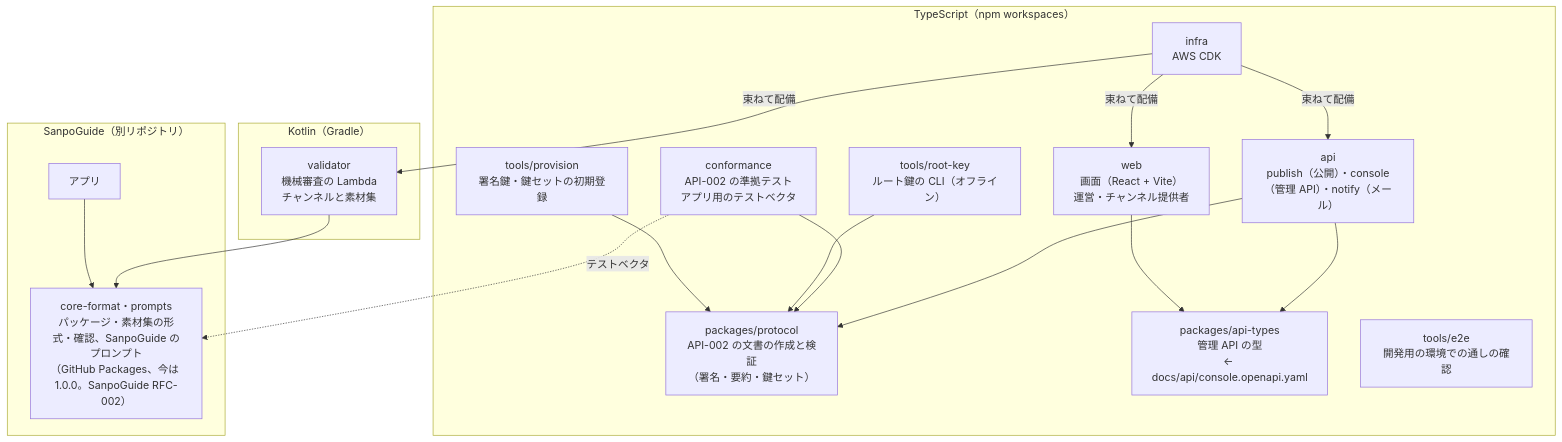
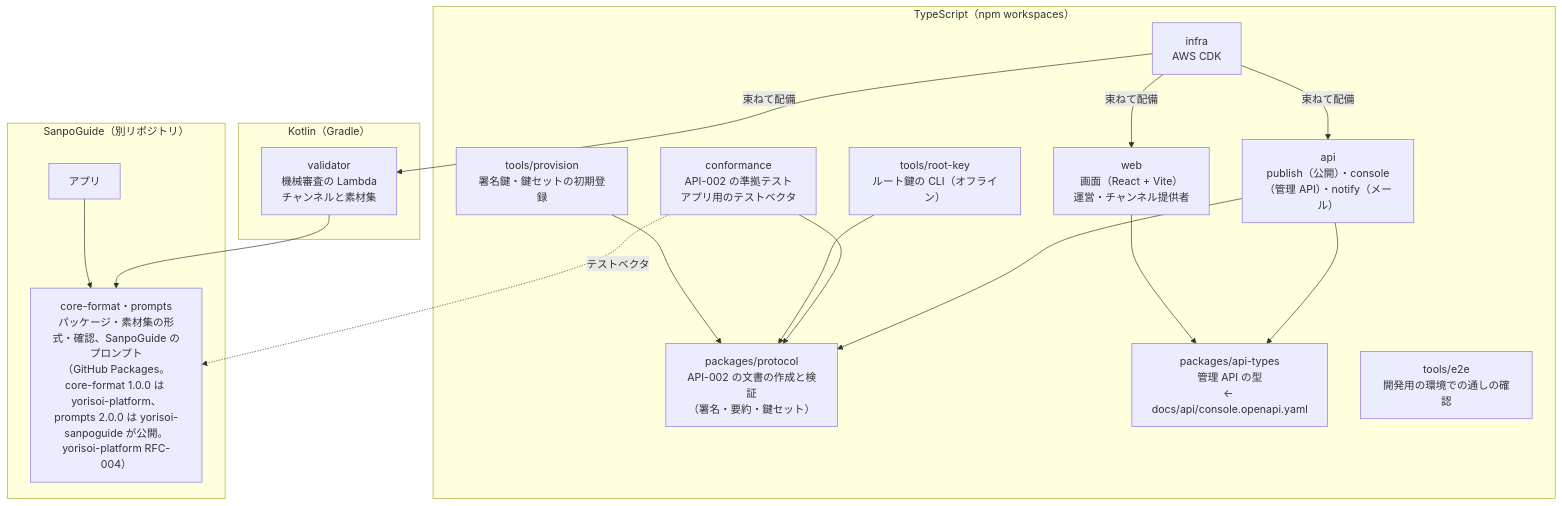
One commit to duwenji/michizure-console changed the second of 7 diagrams in docs/architecture.md. Above: the diagram before and after it, drawn with Mermaid. The commit also changed other lines of this file and 22 other files, not shown here.

First line of the commit message:
chore: validator を yorisoi-platform・yorisoi-sanpoguide の公開物に切り替える

````diff
--- a/docs/architecture.md
+++ b/docs/architecture.md
@@ -74,34 +74,34 @@
 ```mermaid
 flowchart TB
   subgraph TS["TypeScript（npm workspaces）"]
     protocol["packages/protocol<br/>API-002 の文書の作成と検証<br/>（署名・要約・鍵セット）"]
     types["packages/api-types<br/>管理 API の型<br/>← docs/api/console.openapi.yaml"]
     api["api<br/>publish（公開）・console（管理 API）・notify（メール）"]
     web["web<br/>画面（React + Vite）<br/>運営・チャンネル提供者"]
     infra["infra<br/>AWS CDK"]
     conf["conformance<br/>API-002 の準拠テスト<br/>アプリ用のテストベクタ"]
     rootkey["tools/root-key<br/>ルート鍵の CLI（オフライン）"]
     prov["tools/provision<br/>署名鍵・鍵セットの初期登録"]
     e2e["tools/e2e<br/>開発用の環境での通しの確認"]
   end
   subgraph KT["Kotlin（Gradle）"]
     validator["validator<br/>機械審査の Lambda<br/>チャンネルと素材集"]
   end
   subgraph SG["SanpoGuide（別リポジトリ）"]
-    sf["core-format・prompts<br/>パッケージ・素材集の形式・確認、SanpoGuide のプロンプト<br/>（GitHub Packages、今は 1.0.0。SanpoGuide RFC-002）"]
+    sf["core-format・prompts<br/>パッケージ・素材集の形式・確認、SanpoGuide のプロンプト<br/>（GitHub Packages。core-format 1.0.0 は yorisoi-platform、prompts 2.0.0 は yorisoi-sanpoguide が公開。yorisoi-platform RFC-004）"]
     app["アプリ"]
   end
 
   api --> protocol
   api --> types
   web --> types
   conf --> protocol
   rootkey --> protocol
   prov --> protocol
   infra -->|束ねて配備| api
   infra -->|束ねて配備| web
   infra -->|束ねて配備| validator
   validator --> sf
   app --> sf
   conf -. テストベクタ .-> sf
 ```
````
